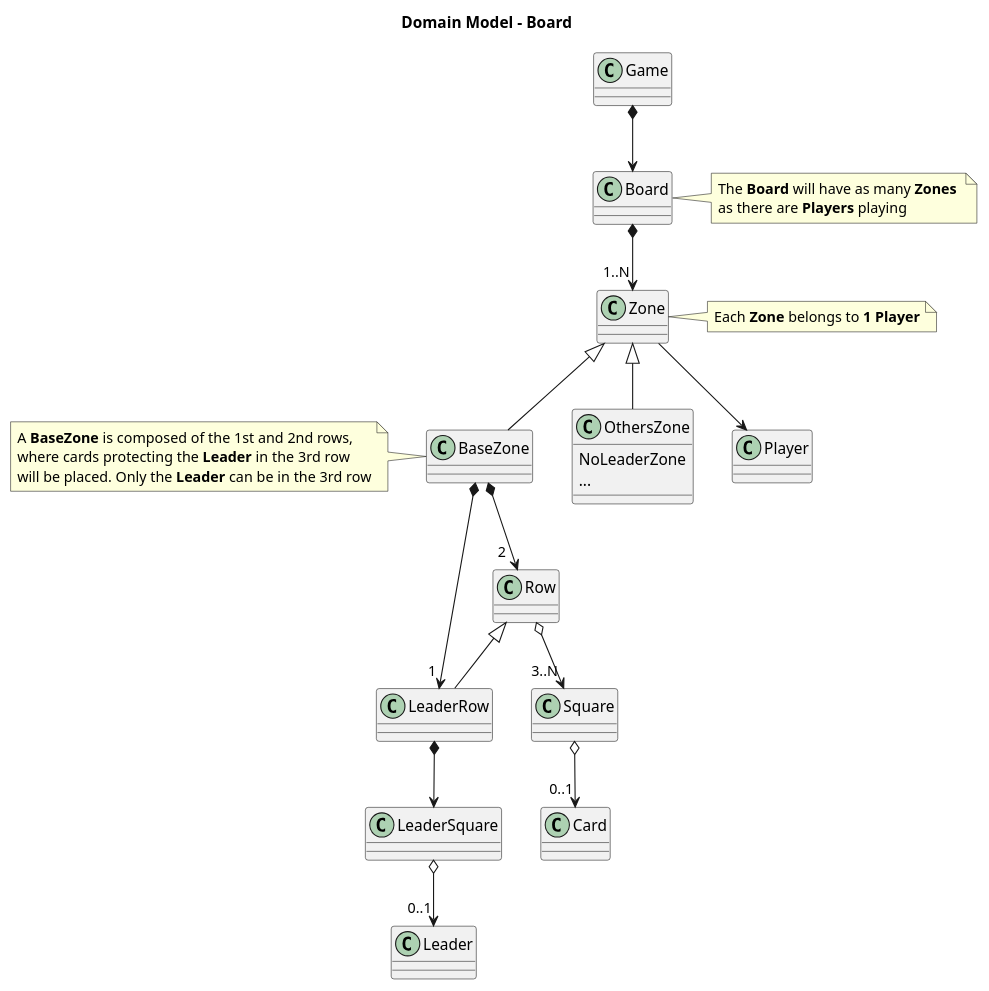
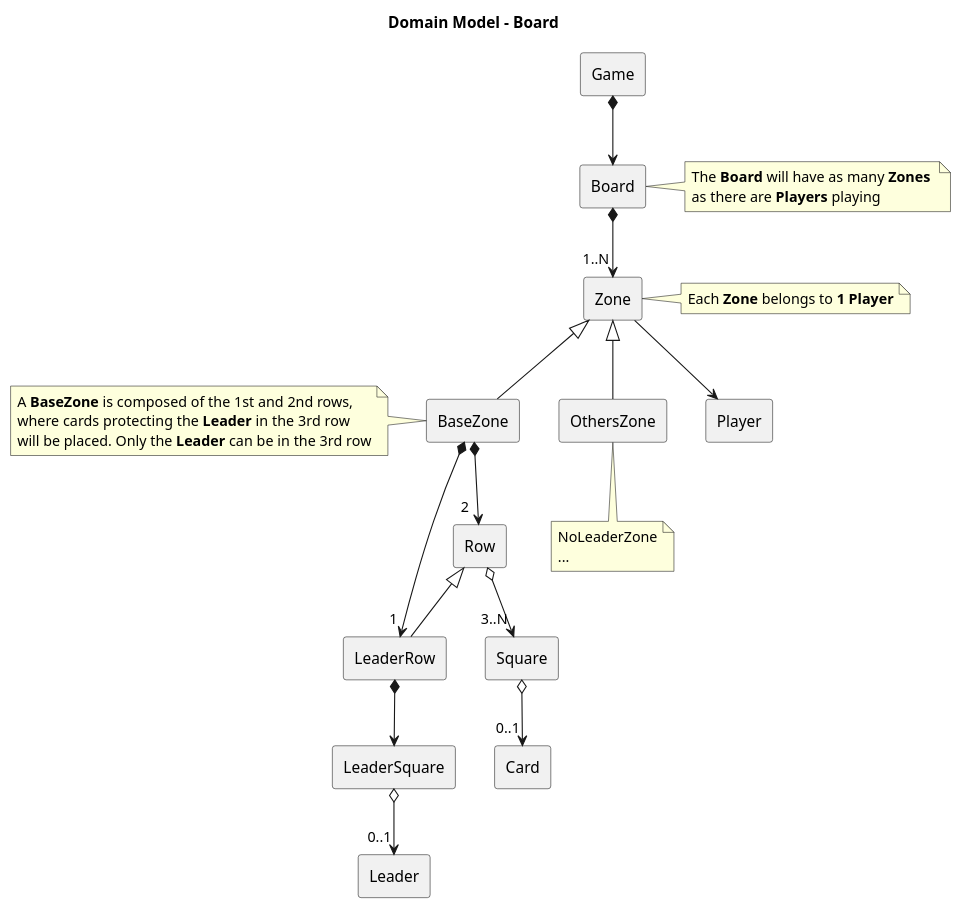
One commit to DainWs/Crazy-Random-Multiverse changed the diagram in docs/development/backend/diagrams/domain_model-board.plantuml. Above: the diagram before and after it, drawn with PlantUML. The commit also changed 7 other files, not shown here.

Commit message:
Documentation: UML diagrams changes

```diff
--- a/docs/development/backend/diagrams/domain_model-board.plantuml
+++ b/docs/development/backend/diagrams/domain_model-board.plantuml
@@ -1,42 +1,55 @@
 @startuml
 title "Domain Model - Board"
 
-class OthersZone {
- NoLeaderZone
- ...
-} 
+rectangle Game
+rectangle Board
+rectangle Zone
+rectangle BaseZone
+rectangle OthersZone
+rectangle Player
+rectangle Row
+rectangle LeaderRow
+rectangle LeaderSquare
+rectangle Square
+rectangle Card
+rectangle Leader
 
 Game *--> Board
 Board *--> "1..N" Zone
 
 Zone --> Player
 Zone <|-- BaseZone
 Zone <|-- OthersZone
 
 BaseZone *--> "1 " LeaderRow
 BaseZone *--> "2  " Row
 
 Row o--> "3..N" Square
 Row <|-- LeaderRow
 
 LeaderRow *--> LeaderSquare
 
 Square o--> "0..1" Card
 LeaderSquare o--> "0..1" Leader
 
 note right of Board
 	The **Board** will have as many **Zones** 
 	as there are **Players** playing
 end note
 
 note right of Zone
 	Each **Zone** belongs to **1 Player**
 end note
 
 note left of BaseZone
 	A **BaseZone** is composed of the 1st and 2nd rows,
 	where cards protecting the **Leader** in the 3rd row
 	will be placed. Only the **Leader** can be in the 3rd row
 end note 
 
+note bottom of OthersZone
+ NoLeaderZone
+ ...
+end note
+
 @enduml
```
